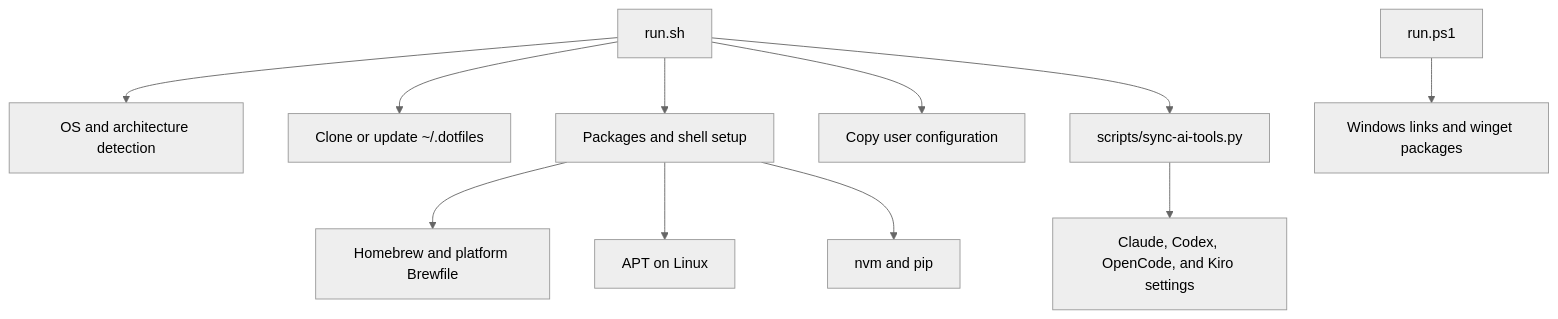
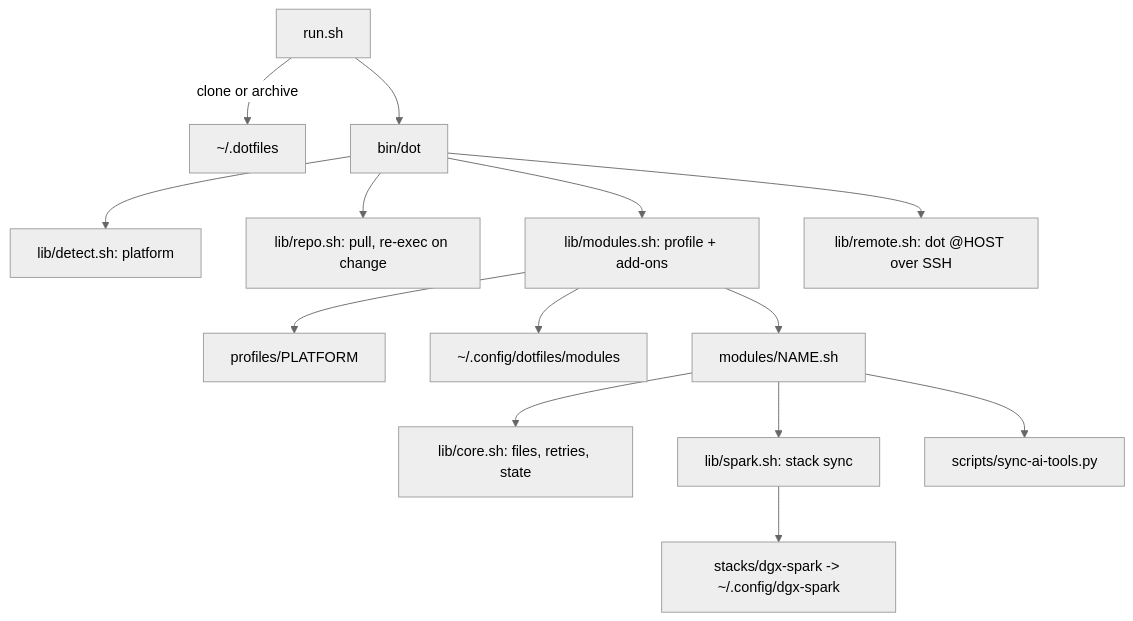
One commit to nalbam/dotfiles changed the diagram in docs/ARCHITECTURE.md. Above: the diagram before and after it, drawn with Mermaid (neutral theme). The commit also changed other lines of this file and 10 other files, not shown here.

First line of the commit message:
docs: document dot, platforms, modules and the Spark stack

````diff
--- a/docs/ARCHITECTURE.md
+++ b/docs/ARCHITECTURE.md
@@ -19,13 +23,16 @@
 ```mermaid
 flowchart TD
-    A[run.sh] --> B[OS and architecture detection]
-    A --> C[Clone or update ~/.dotfiles]
-    A --> D[Packages and shell setup]
-    A --> E[Copy user configuration]
-    A --> F[scripts/sync-ai-tools.py]
-    D --> G[Homebrew and platform Brewfile]
-    D --> H[APT on Linux]
-    D --> I[nvm and pip]
-    F --> J[Claude, Codex, OpenCode, and Kiro settings]
-    K[run.ps1] --> L[Windows links and winget packages]
+    R[run.sh] -->|clone or archive| H[~/.dotfiles]
+    R --> D[bin/dot]
+    D --> DT[lib/detect.sh: platform]
+    D --> RP[lib/repo.sh: pull, re-exec on change]
+    D --> M[lib/modules.sh: profile + add-ons]
+    M --> P[profiles/PLATFORM]
+    M --> C[~/.config/dotfiles/modules]
+    M --> MOD[modules/NAME.sh]
+    MOD --> CORE[lib/core.sh: files, retries, state]
+    MOD --> SP[lib/spark.sh: stack sync]
+    SP --> ST[stacks/dgx-spark -> ~/.config/dgx-spark]
+    MOD --> AI[scripts/sync-ai-tools.py]
+    D --> RM[lib/remote.sh: dot @HOST over SSH]
 ```
````
